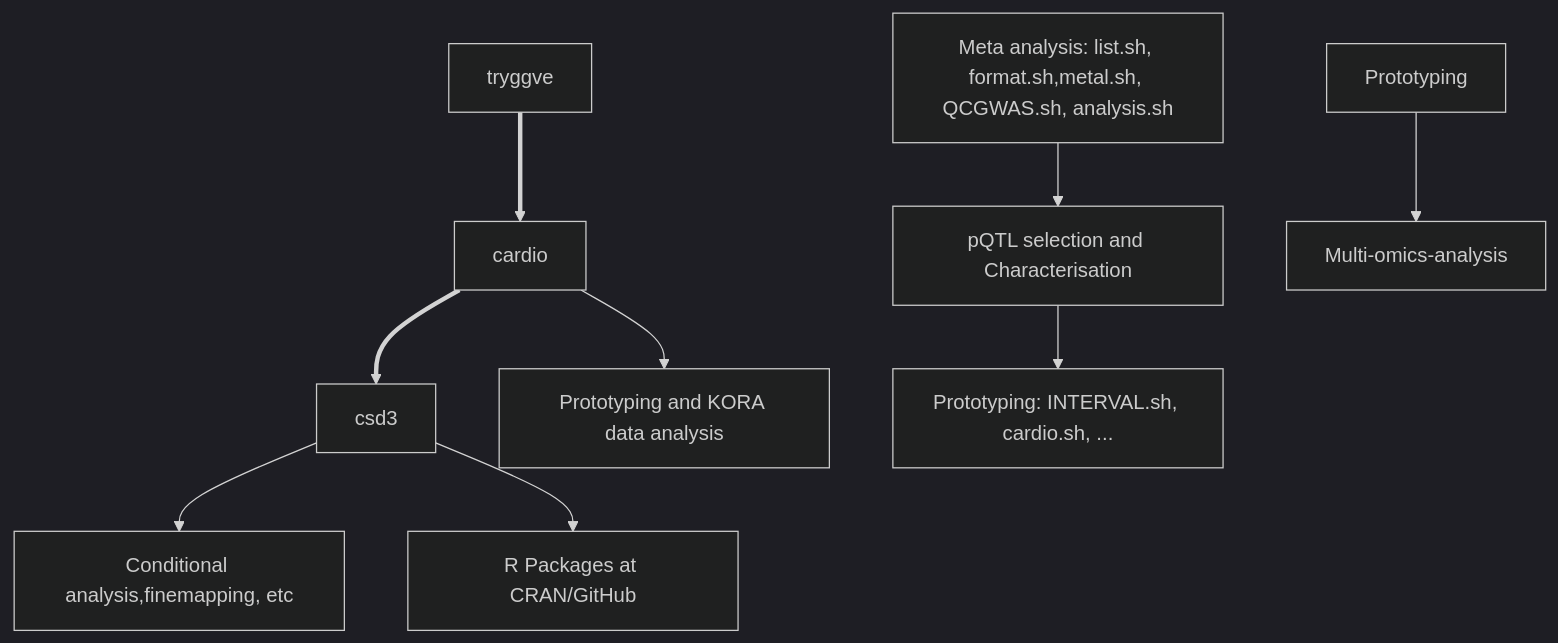
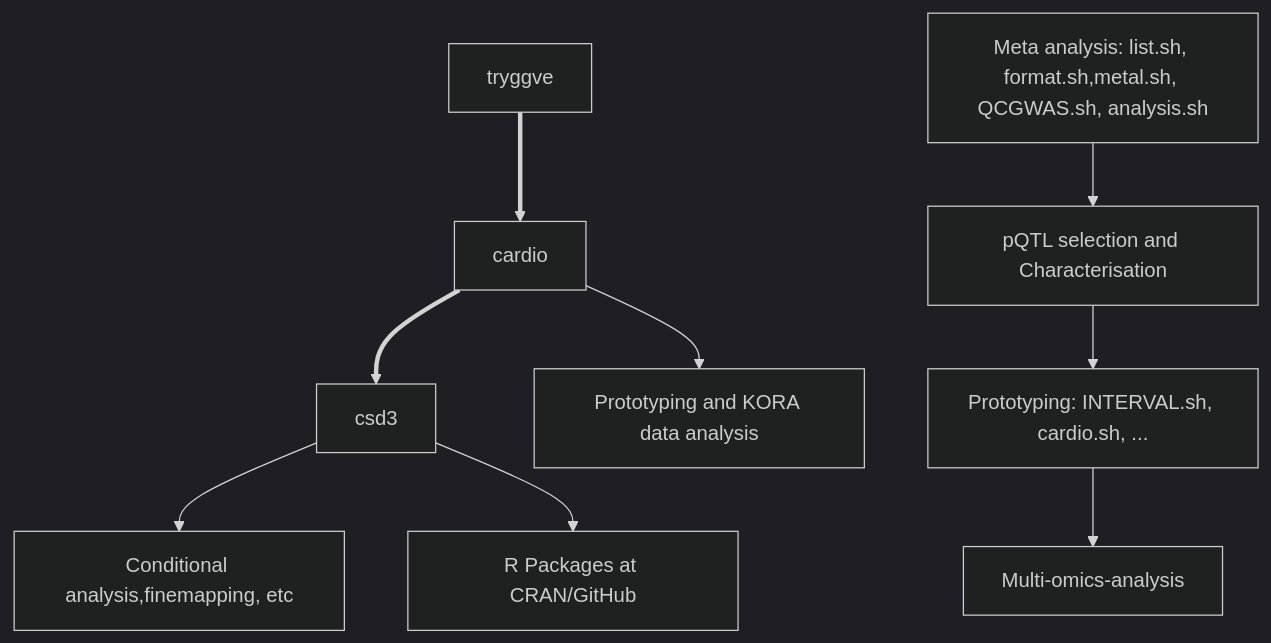
One commit to jinghuazhao/INF changed the diagram in README.md. Above: the diagram before and after it, drawn with Mermaid (dark theme).

````diff
--- a/README.md
+++ b/README.md
@@ -7,10 +7,10 @@
 ```mermaid
 graph TB;
 tryggve ==> cardio ==> csd3;
-MetaAnalysis[Meta analysis: list.sh, format.sh,metal.sh, QCGWAS.sh, analysis.sh] --> GWAS[pQTL selection and Characterisation];
-GWAS --> Prottoyping[Prototyping: INTERVAL.sh, cardio.sh, ...];
+tryggveAnalysis[Meta analysis: list.sh, format.sh,metal.sh, QCGWAS.sh, analysis.sh] --> GWAS[pQTL selection and Characterisation];
+GWAS --> Prototyping[Prototyping: INTERVAL.sh, cardio.sh, ...];
 Prototyping --> Multi-omics-analysis;
 cardio --> cardioAnalysis[Prototyping and KORA data analysis];
-csd3 --> FurtherAnalysis[Conditional analysis,finemapping, etc];
+csd3 --> csd3Analysis[Conditional analysis,finemapping, etc];
 csd3 --> code[R Packages at CRAN/GitHub]; 
 ```
````
